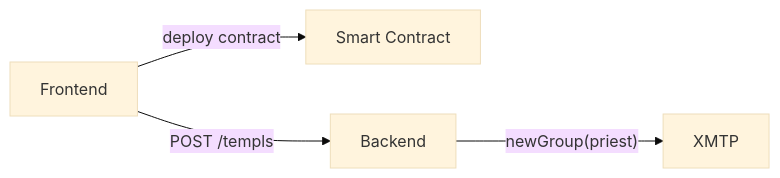
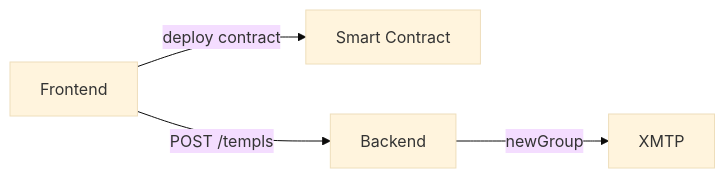
The first of 7 diagrams in CORE_FLOW_DOCS.MD (templ-fun/templ-evm-protocol), drawn with Mermaid (base theme) before and after one commit. The commit also changed 2 other files, not shown here.

Commit message:
Handle XMTP metadata calls optionally

````diff
--- a/CORE_FLOW_DOCS.MD
+++ b/CORE_FLOW_DOCS.MD
@@ -6,6 +6,6 @@
 ```mermaid
 flowchart LR
     F[Frontend] -->|deploy contract| C[Smart Contract]
     F -->|POST /templs| B[Backend]
-    B -->|"newGroup(priest)"| X[XMTP]
+    B -->|newGroup| X[XMTP]
 ```
````
